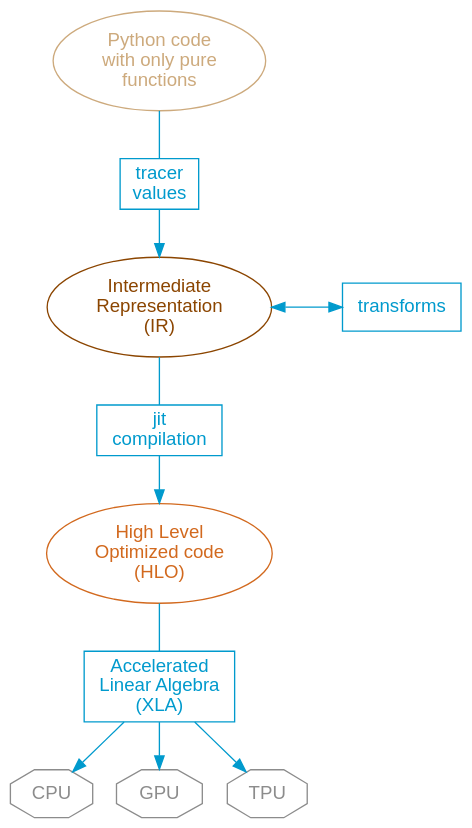
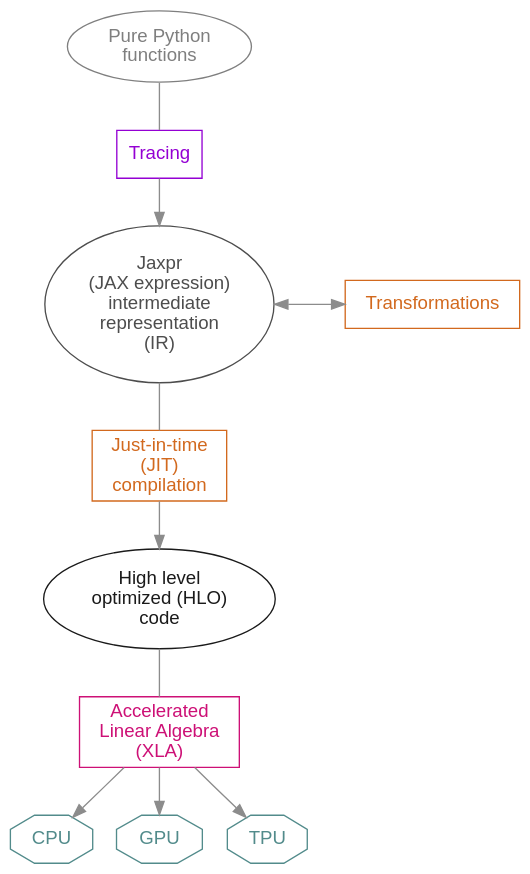
One commit to WestDRI/arc-training changed the diagram in ml/jx_principles.qmd. Above: the diagram before and after it, drawn with Graphviz. The commit also changed other lines of this file, not shown here.

Commit message:
edits diagram principles

````diff
--- a/ml/jx_principles.qmd
+++ b/ml/jx_principles.qmd
@@ -15,39 +15,40 @@
 ```{dot}
 //| echo: false
 //| fig-height: 800px
 
 strict digraph {
 
 bgcolor="transparent"
 node [fontname="Inconsolata, sans-serif"]
-edge [color=deepskyblue3]
+edge [color=gray55]
 
-"tracer\nvalues" [shape=rectangle, color=deepskyblue3, fontcolor=deepskyblue3]
-"jit\ncompilation" [shape=rectangle, color=deepskyblue3, fontcolor=deepskyblue3]
-"Accelerated\nLinear Algebra\n(XLA)" [shape=rectangle, color=deepskyblue3, fontcolor=deepskyblue3]
-"transforms" [shape=rectangle, color=deepskyblue3, fontcolor=deepskyblue3]
+tracer  [label=Tracing, shape=rectangle, color=darkviolet, fontcolor=darkviolet]
+jit [label=" Just-in-time \n(JIT)\ncompilation", shape=rectangle, color=chocolate, fontcolor=chocolate]
+xla [label="Accelerated\n Linear Algebra \n(XLA)", shape=rectangle, color=deeppink3, fontcolor=deeppink3]
+transform [label=" Transformations ", shape=rectangle, color=chocolate, fontcolor=chocolate]
 
-CPU [shape=octagon, color=gray55, fontcolor=gray55]
-GPU [shape=octagon, color=gray55, fontcolor=gray55]
-TPU [shape=octagon, color=gray55, fontcolor=gray55]
+CPU [shape=octagon, color=darkslategray4, fontcolor=darkslategray4]
+GPU [shape=octagon, color=darkslategray4, fontcolor=darkslategray4]
+TPU [shape=octagon, color=darkslategray4, fontcolor=darkslategray4]
 
-"Python code\nwith only pure\nfunctions" [color=burlywood3, fontcolor=burlywood3]
-"Intermediate\nRepresentation\n(IR)" [color=darkorange4, fontcolor=darkorange4]
-"High Level\nOptimized code\n(HLO)" [color=chocolate, fontcolor=chocolate]
 
-"Python code\nwith only pure\nfunctions" -> "tracer\nvalues" [dir=none]
-"tracer\nvalues" -> "Intermediate\nRepresentation\n(IR)"
-"Intermediate\nRepresentation\n(IR)" -> "jit\ncompilation" [dir=none]
-"jit\ncompilation" -> "High Level\nOptimized code\n(HLO)"
-"High Level\nOptimized code\n(HLO)" -> "Accelerated\nLinear Algebra\n(XLA)" [dir=none]
+py [label="Pure Python\nfunctions", color=gray50, fontcolor=gray50]
+jaxpr [label="Jaxpr\n(JAX expression)\nintermediate\nrepresentation\n(IR)", color=gray30, fontcolor=gray30]
+hlo [label="High level\noptimized (HLO)\ncode", color=gray10, fontcolor=gray10]
 
-"Accelerated\nLinear Algebra\n(XLA)" -> CPU [shape=doubleoctagon]
-"Accelerated\nLinear Algebra\n(XLA)" -> GPU
-"Accelerated\nLinear Algebra\n(XLA)" -> TPU
+py -> tracer [dir=none]
+tracer -> jaxpr
+jaxpr -> jit [dir=none]
+jit -> hlo
+hlo -> xla [dir=none]
 
-"Intermediate\nRepresentation\n(IR)" -> "transforms" [dir=both, minlen=3]
+xla -> CPU [shape=doubleoctagon]
+xla -> GPU
+xla -> TPU
 
-{rank=same; "Intermediate\nRepresentation\n(IR)" "transforms"}
+jaxpr -> transform [dir=both, minlen=3]
+
+{rank=same; jaxpr transform}
 
 }
 ```
````
